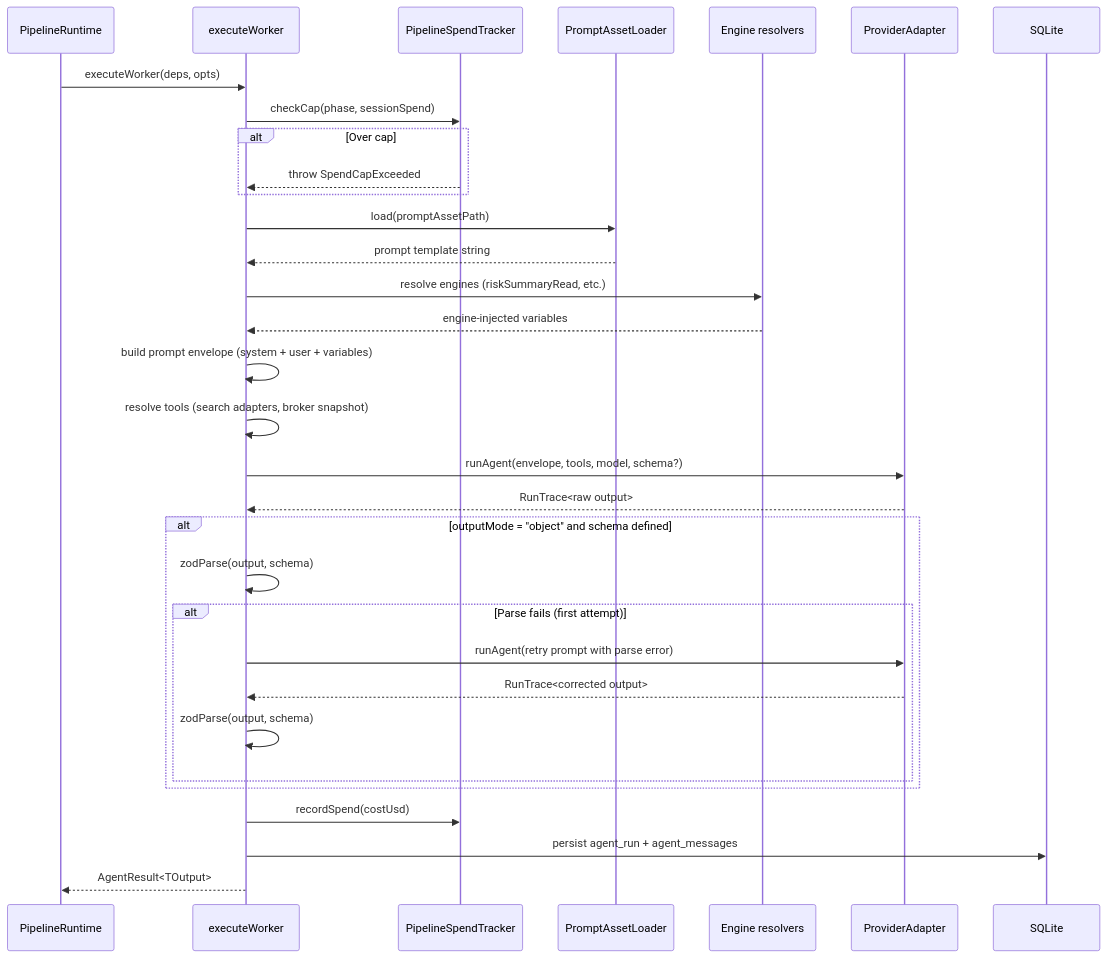
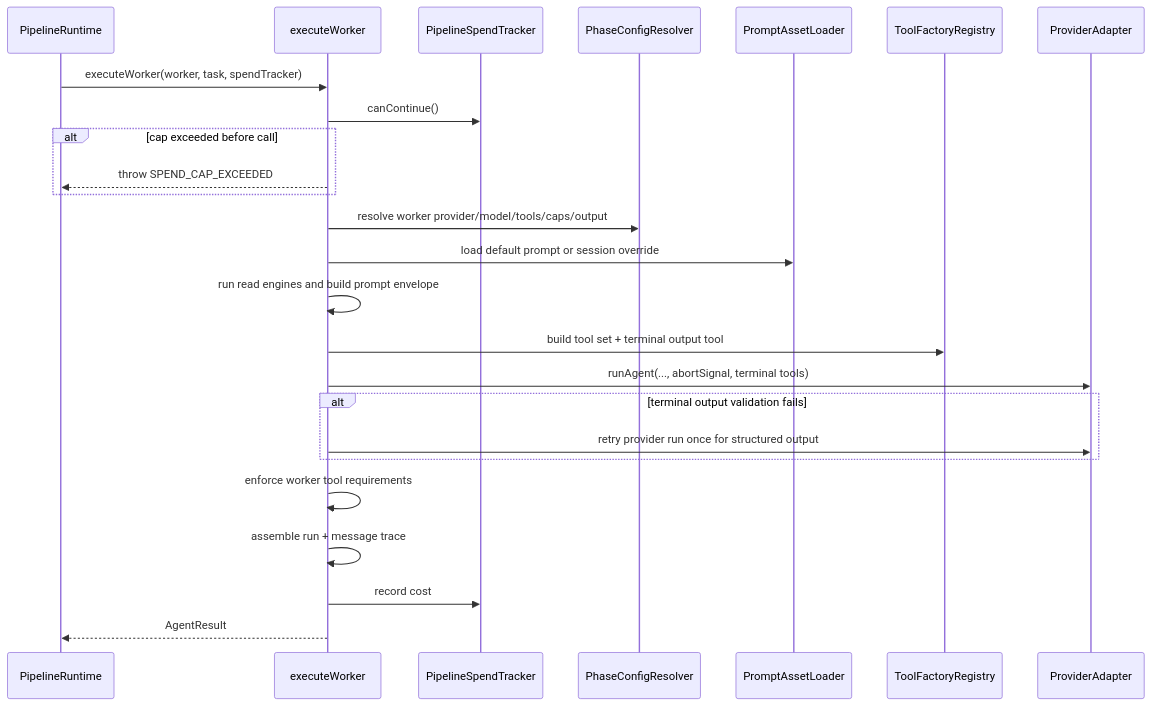
One commit to KennethAtchon/Exva changed diagram 11 of 16 in docs/architecture/ai-runtime.md. Above: the diagram before and after it, drawn with Mermaid. The commit also changed other lines of this file and 42 other files, not shown here.

````diff
--- a/docs/architecture/ai-runtime.md
+++ b/docs/architecture/ai-runtime.md
@@ -559,35 +444,28 @@
 ```mermaid
 sequenceDiagram
     participant PR as PipelineRuntime
     participant WE as executeWorker
     participant PST as PipelineSpendTracker
+    participant PCR as PhaseConfigResolver
     participant PAL as PromptAssetLoader
-    participant ENG as Engine resolvers
-    participant PA as ProviderAdapter
-    participant DB as SQLite
+    participant Tools as ToolFactoryRegistry
+    participant Provider as ProviderAdapter
 
-    PR->>WE: executeWorker(deps, opts)
-    WE->>PST: checkCap(phase, sessionSpend)
-    alt Over cap
-        PST-->>WE: throw SpendCapExceeded
+    PR->>WE: executeWorker(worker, task, spendTracker)
+    WE->>PST: canContinue()
+    alt cap exceeded before call
+        WE-->>PR: throw SPEND_CAP_EXCEEDED
     end
-    WE->>PAL: load(promptAssetPath)
-    PAL-->>WE: prompt template string
-    WE->>ENG: resolve engines (riskSummaryRead, etc.)
-    ENG-->>WE: engine-injected variables
-    WE->>WE: build prompt envelope (system + user + variables)
-    WE->>WE: resolve tools (search adapters, broker snapshot)
-    WE->>PA: runAgent(envelope, tools, model, schema?)
-    PA-->>WE: RunTrace<raw output>
-    alt outputMode = "object" and schema defined
-        WE->>WE: zodParse(output, schema)
-        alt Parse fails (first attempt)
-            WE->>PA: runAgent(retry prompt with parse error)
-            PA-->>WE: RunTrace<corrected output>
-            WE->>WE: zodParse(output, schema)
-        end
+    WE->>PCR: resolve worker provider/model/tools/caps/output
+    WE->>PAL: load default prompt or session override
+    WE->>WE: run read engines and build prompt envelope
+    WE->>Tools: build tool set + terminal output tool
+    WE->>Provider: runAgent(..., abortSignal, terminal tools)
+    alt terminal output validation fails
+        WE->>Provider: retry provider run once for structured output
     end
-    WE->>PST: recordSpend(costUsd)
-    WE->>DB: persist agent_run + agent_messages
-    WE-->>PR: AgentResult<TOutput>
+    WE->>WE: enforce worker tool requirements
+    WE->>WE: assemble run + message trace
+    WE->>PST: record cost
+    WE-->>PR: AgentResult
 ```
````
